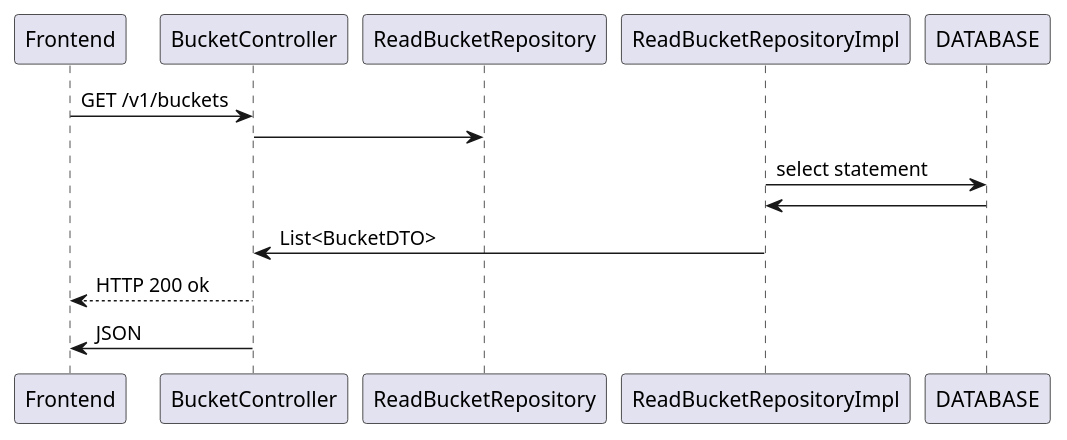
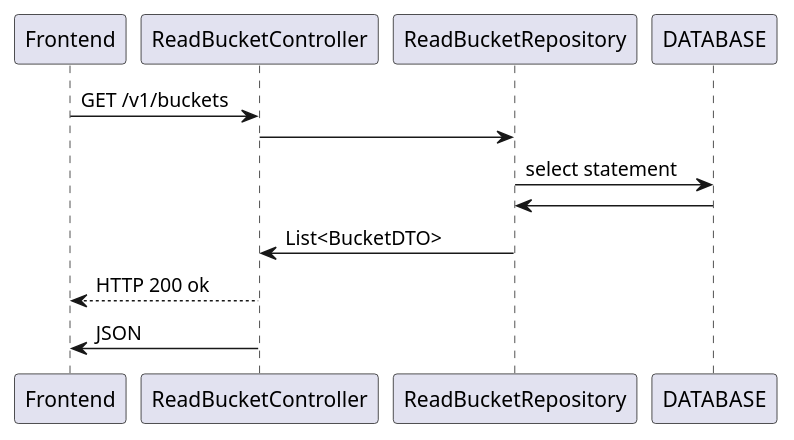
The diagram in 01-read-list-all-buckets.puml (mariorez/kanban-board), drawn with PlantUML before and after one commit. The commit also changed 5 other files, not shown here.

```diff
--- a/01-read-list-all-buckets.puml
+++ b/01-read-list-all-buckets.puml
@@ -1,9 +1,9 @@
 @startuml
-Frontend -> BucketController: GET /v1/buckets
-BucketController -> ReadBucketRepository
-ReadBucketRepositoryImpl -> DATABASE: select statement
-DATABASE -> ReadBucketRepositoryImpl
-ReadBucketRepositoryImpl -> BucketController: List<BucketDTO>
-BucketController --> Frontend: HTTP 200 ok
-BucketController -> Frontend: JSON
+Frontend -> ReadBucketController: GET /v1/buckets
+ReadBucketController -> ReadBucketRepository
+ReadBucketRepository -> DATABASE: select statement
+DATABASE -> ReadBucketRepository
+ReadBucketRepository -> ReadBucketController: List<BucketDTO>
+ReadBucketController --> Frontend: HTTP 200 ok
+ReadBucketController -> Frontend: JSON
 @enduml
```
